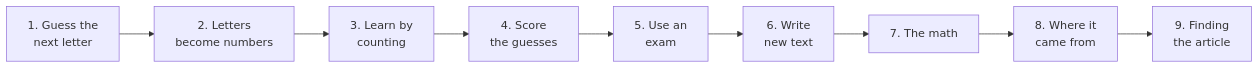
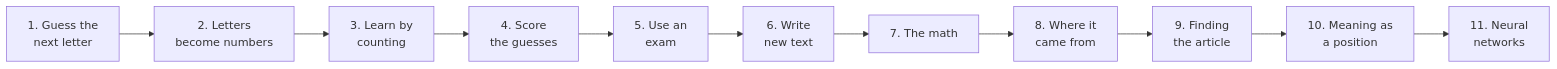
Before and after one commit to Falconiere/agavus: the diagram in learning/README.md, drawn with Mermaid. The commit also changed other lines of this file and 2 other files, not shown here.

Commit message:
docs(docs): add embedding and neural network lessons

````diff
--- a/learning/README.md
+++ b/learning/README.md
@@ -6,11 +6,13 @@
 ```mermaid
 flowchart LR
   A["1. Guess the<br/>next letter"] --> B["2. Letters<br/>become numbers"]
   B --> C["3. Learn by<br/>counting"]
   C --> D["4. Score<br/>the guesses"]
   D --> E["5. Use an<br/>exam"]
   E --> F["6. Write<br/>new text"]
   F --> G["7. The math"]
   G --> H["8. Where it<br/>came from"]
   H --> I["9. Finding<br/>the article"]
+  I --> J["10. Meaning as<br/>a position"]
+  J --> K["11. Neural<br/>networks"]
 ```
````
